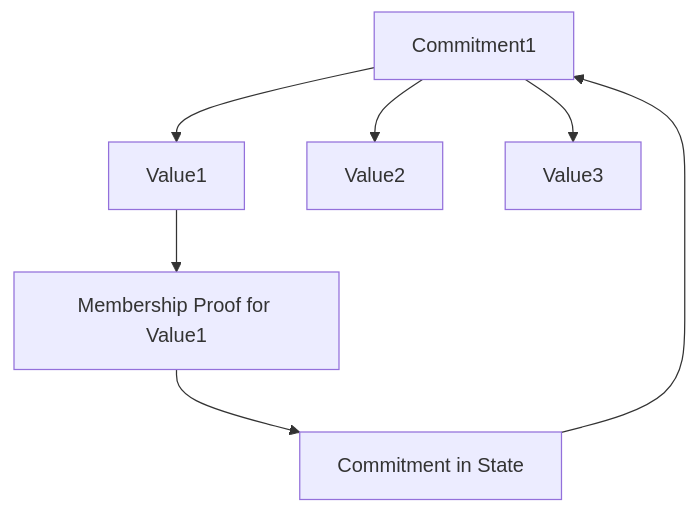
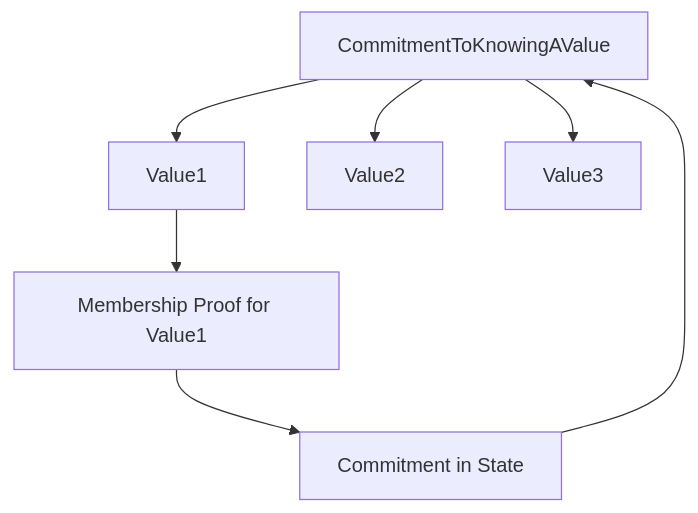
One commit to AztecProtocol/aztec-packages changed the first of 2 diagrams in docs/docs/concepts/foundation/communication/public_private_calls/slow_updates_tree.md. Above: the diagram before and after it, drawn with Mermaid. The commit also changed other lines of this file and 2 other files, not shown here.

````diff
--- a/docs/docs/concepts/foundation/communication/public_private_calls/slow_updates_tree.md
+++ b/docs/docs/concepts/foundation/communication/public_private_calls/slow_updates_tree.md
@@ -37,9 +37,9 @@
 ```mermaid
 graph TD;
-    Cm[Commitment1] --> Vm1[Value1]
+    Cm[CommitmentToKnowingAValue] --> Vm1[Value1]
     Cm --> Vm2[Value2]
     Cm --> Vmn[Value3]
     Vm1 --> Mp1[Membership Proof for Value1]
     Mp1 --> St[Commitment in State]
     St --> Cm
 ```
````
